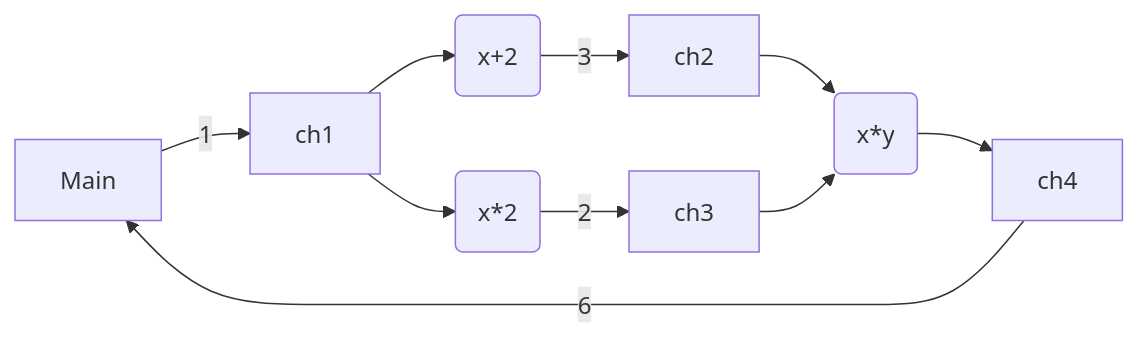
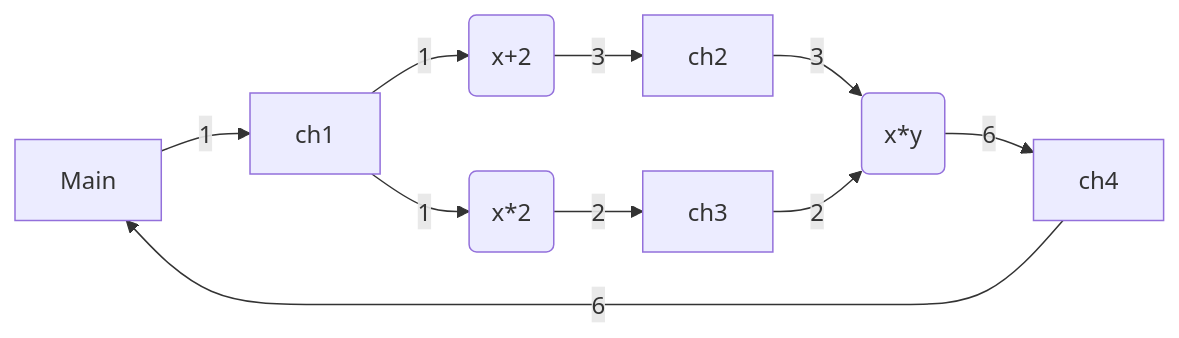
One commit to akiradeveloper/csplib changed the second of 2 diagrams in README.md. Above: the diagram before and after it, drawn with Mermaid.

````diff
--- a/README.md
+++ b/README.md
@@ -54,12 +54,12 @@
 ```mermaid
 flowchart LR
   Main -->|1| ch1
-  ch1 --> P1(x+2)
-  ch1 --> P2(x*2)
+  ch1 -->|1| P1(x+2)
+  ch1 -->|1| P2(x*2)
   P1 -->|3| ch2
   P2 -->|2| ch3
-  ch2 --> P4(x*y)
-  ch3 --> P4
-  P4 --> ch4
+  ch2 -->|3| P4(x*y)
+  ch3 -->|2| P4
+  P4 -->|6| ch4
   ch4 -->|6| Main
 ```
````
